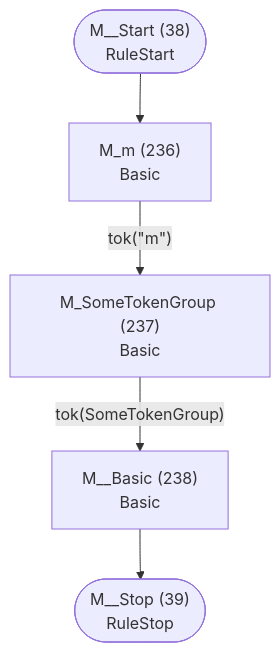
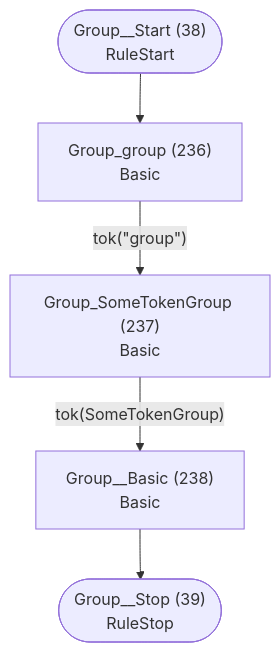
Diagram 20 of 41 in internal/languages/completion/atn.md (TypeFox/fastbelt), drawn with Mermaid before and after one commit. The commit also changed other lines of this file and 11 other files, not shown here.

````diff
--- a/internal/languages/completion/atn.md
+++ b/internal/languages/completion/atn.md
@@ -539,13 +539,13 @@
 ```mermaid
 flowchart TD
-    q38(["M__Start (38)<br/>RuleStart"])
-    q39(["M__Stop (39)<br/>RuleStop"])
-    q236["M_m (236)<br/>Basic<br/>"]
-    q237["M_SomeTokenGroup (237)<br/>Basic<br/>"]
-    q238["M__Basic (238)<br/>Basic<br/>"]
+    q38(["Group__Start (38)<br/>RuleStart"])
+    q39(["Group__Stop (39)<br/>RuleStop"])
+    q236["Group_group (236)<br/>Basic<br/>"]
+    q237["Group_SomeTokenGroup (237)<br/>Basic<br/>"]
+    q238["Group__Basic (238)<br/>Basic<br/>"]
 
     q38 --> q236
-    q236 -->|"tok(&quot;m&quot;)"| q237
+    q236 -->|"tok(&quot;group&quot;)"| q237
     q237 -->|"tok(SomeTokenGroup)"| q238
     q238 --> q39
 ```
````
